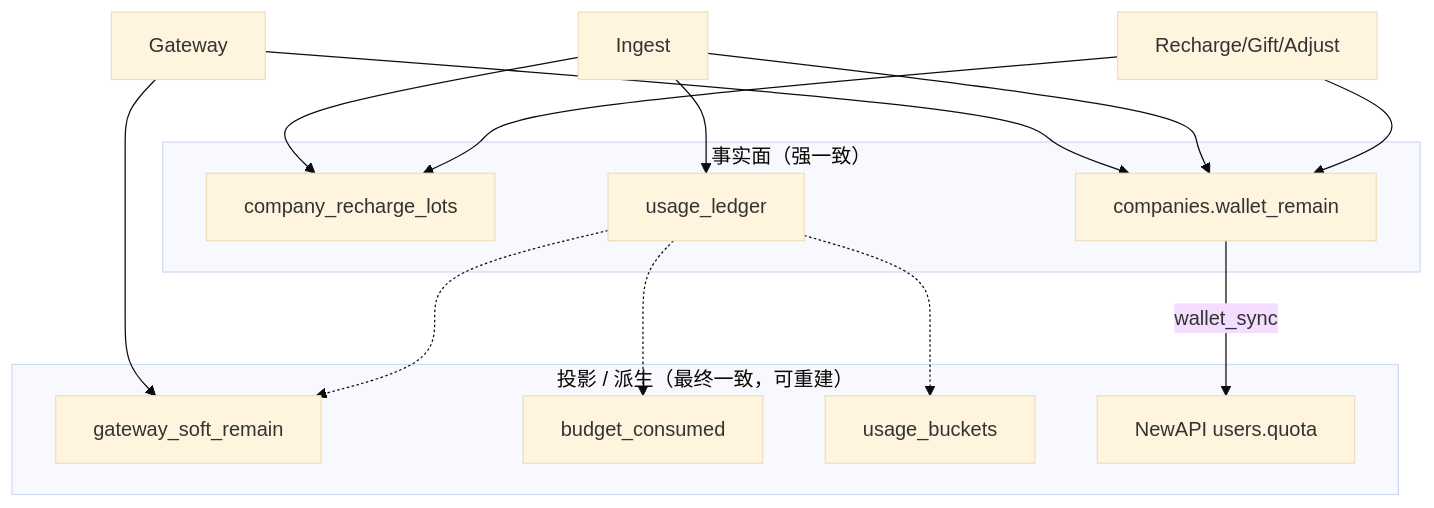
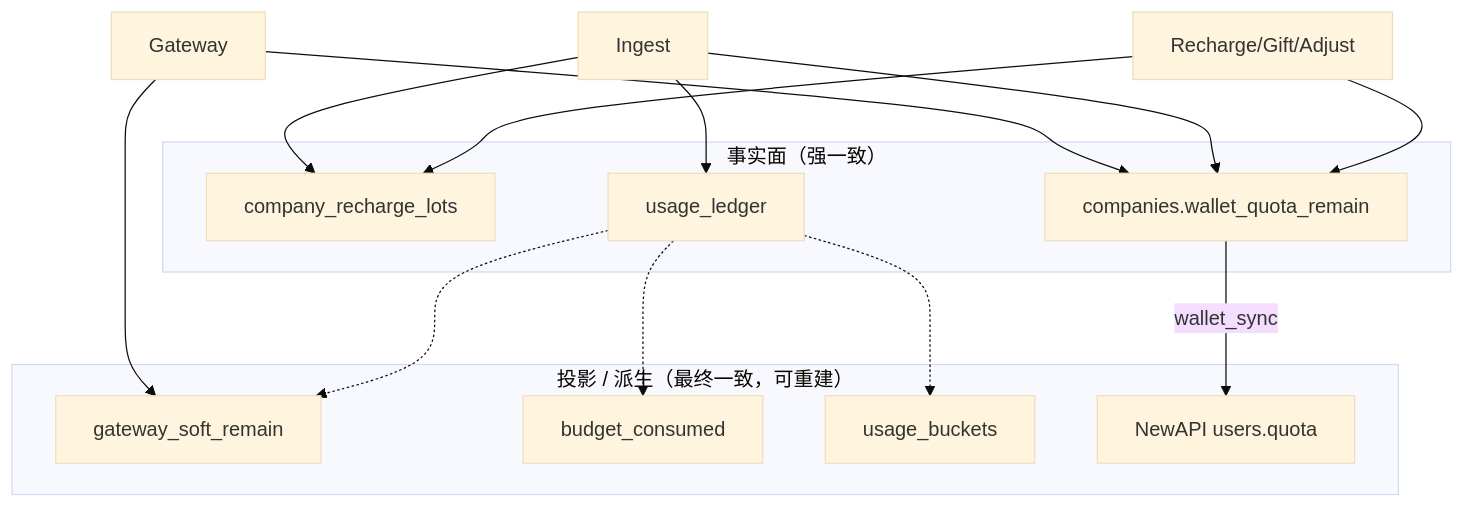
Before and after one commit to quyip8818/mytokenjoy: the second of 6 diagrams in docs/Backend-计费模式.md, drawn with Mermaid (base theme). The commit also changed other lines of this file and 43 other files, not shown here.

Commit message:
rename wallet_remain → wallet_quota_remain

````diff
--- a/docs/Backend-计费模式.md
+++ b/docs/Backend-计费模式.md
@@ -80,25 +80,25 @@
 ```mermaid
 flowchart TB
   subgraph SSOT["事实面（强一致）"]
     LOT[company_recharge_lots]
     LED[usage_ledger]
-    BP[companies.wallet_remain]
+    BP[companies.wallet_quota_remain]
   end
   subgraph Derived["投影 / 派生（最终一致，可重建）"]
     Soft[gateway_soft_remain]
     SN[budget_consumed]
     BK[usage_buckets]
     NA[NewAPI users.quota]
   end
   RCH[Recharge/Gift/Adjust] --> LOT
   RCH --> BP
   ING[Ingest] --> LOT
   ING --> LED
   ING --> BP
   LED -.-> Soft
   LED -.-> SN
   LED -.-> BK
   BP -->|wallet_sync| NA
   GW[Gateway] --> BP
   GW --> Soft
 ```
````
